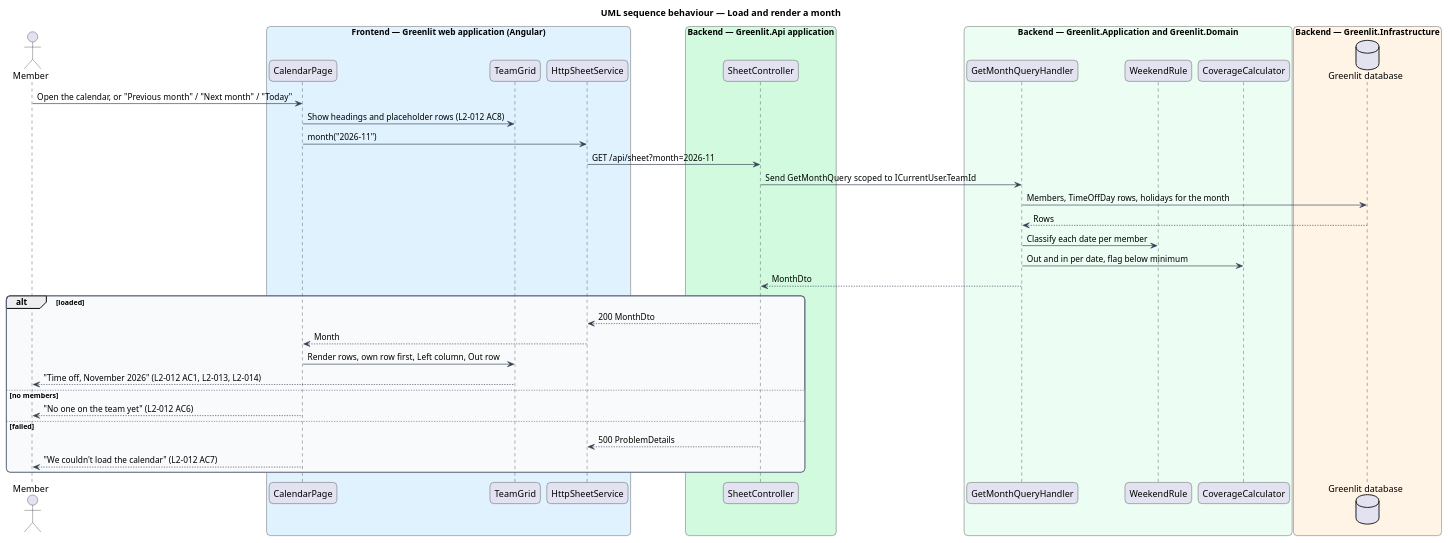
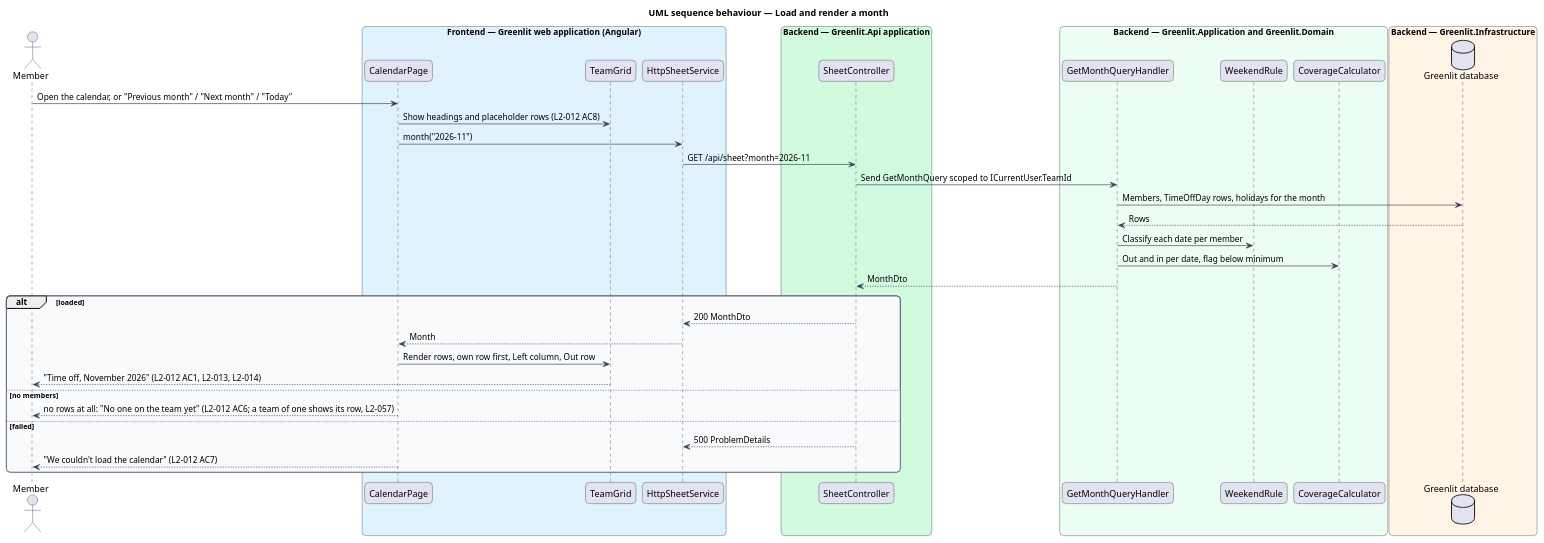
One commit to QuinntyneBrown/greenlit changed the diagram in docs/detailed-designs/sheet/view-month/diagrams/sequence-load-month.puml. Above: the diagram before and after it, drawn with PlantUML. The commit also changed 12 other files, not shown here.

First line of the commit message:
Show a team of one as a full sheet, year and requests (L2-057 slice 1)

```diff
--- a/docs/detailed-designs/sheet/view-month/diagrams/sequence-load-month.puml
+++ b/docs/detailed-designs/sheet/view-month/diagrams/sequence-load-month.puml
@@ -1,55 +1,55 @@
 @startuml
 title UML sequence behaviour — Load and render a month
 skinparam backgroundColor #FFFFFF
 skinparam shadowing false
 skinparam roundcorner 12
 skinparam defaultFontName Arial
 skinparam ArrowColor #344054
 skinparam rectangle {
   BorderColor #344054
   FontColor #101828
 }
 skinparam package {
   BorderColor #667085
   FontColor #101828
   BackgroundColor #F9FAFB
 }
 actor "Member" as actor
 box "Frontend — Greenlit web application (Angular)" #E0F2FE
   participant "CalendarPage" as page
   participant "TeamGrid" as grid
   participant "HttpSheetService" as client
 end box
 box "Backend — Greenlit.Api application" #D1FADF
   participant "SheetController" as ctrl
 end box
 box "Backend — Greenlit.Application and Greenlit.Domain" #ECFDF3
   participant "GetMonthQueryHandler" as handler
   participant "WeekendRule" as rule
   participant "CoverageCalculator" as cov
 end box
 box "Backend — Greenlit.Infrastructure" #FFF4E5
   database "Greenlit database" as db
 end box
 actor -> page : Open the calendar, or "Previous month" / "Next month" / "Today"
 page -> grid : Show headings and placeholder rows (L2-012 AC8)
 page -> client : month("2026-11")
 client -> ctrl : GET /api/sheet?month=2026-11
 ctrl -> handler : Send GetMonthQuery scoped to ICurrentUser.TeamId
 handler -> db : Members, TimeOffDay rows, holidays for the month
 db --> handler : Rows
 handler -> rule : Classify each date per member
 handler -> cov : Out and in per date, flag below minimum
 handler --> ctrl : MonthDto
 alt loaded
   ctrl --> client : 200 MonthDto
   client --> page : Month
   page -> grid : Render rows, own row first, Left column, Out row
   grid --> actor : "Time off, November 2026" (L2-012 AC1, L2-013, L2-014)
 else no members
-  page --> actor : "No one on the team yet" (L2-012 AC6)
+  page --> actor : no rows at all: "No one on the team yet" (L2-012 AC6; a team of one shows its row, L2-057)
 else failed
   ctrl --> client : 500 ProblemDetails
   page --> actor : "We couldn't load the calendar" (L2-012 AC7)
 end
 @enduml
```
